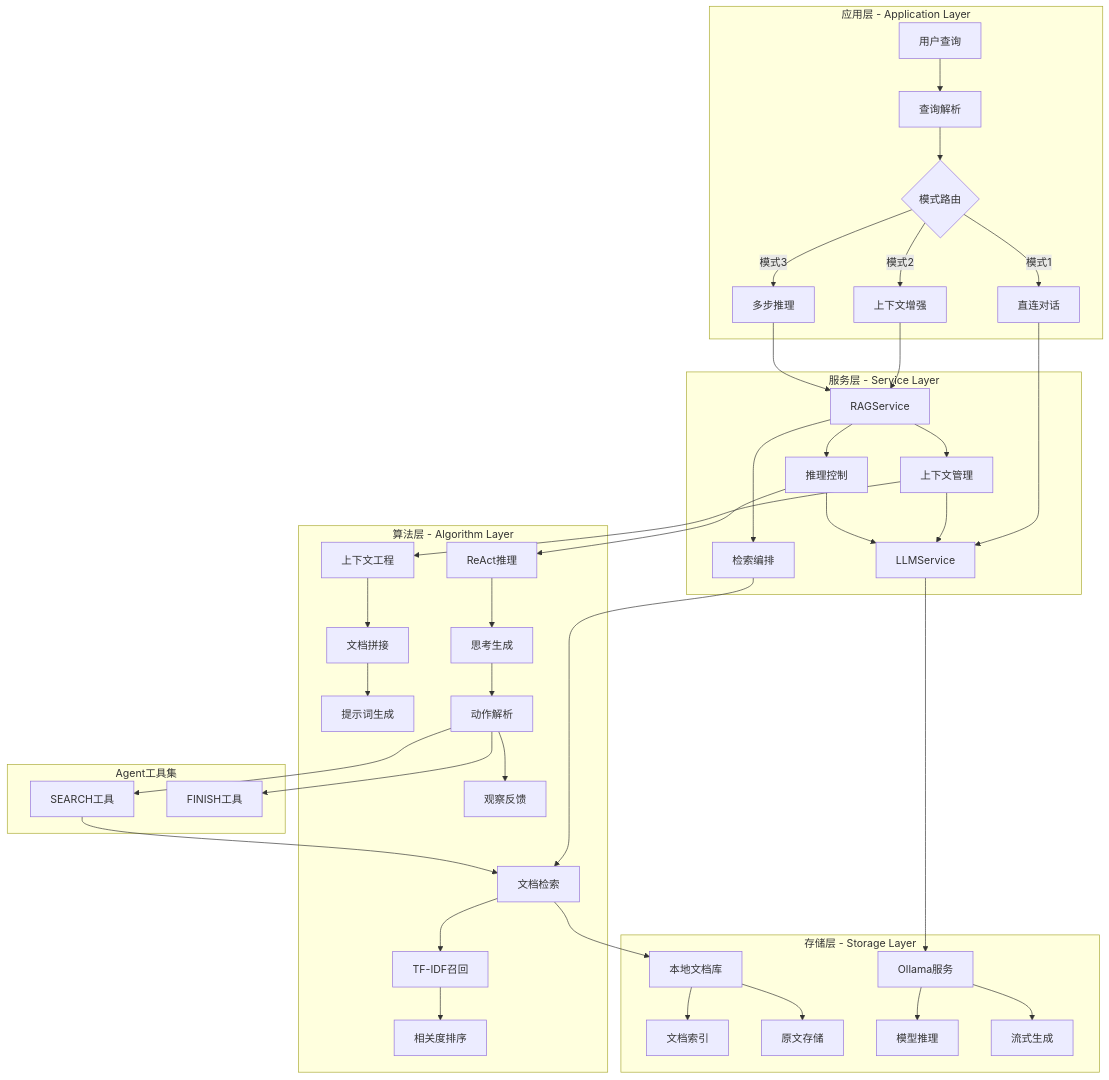
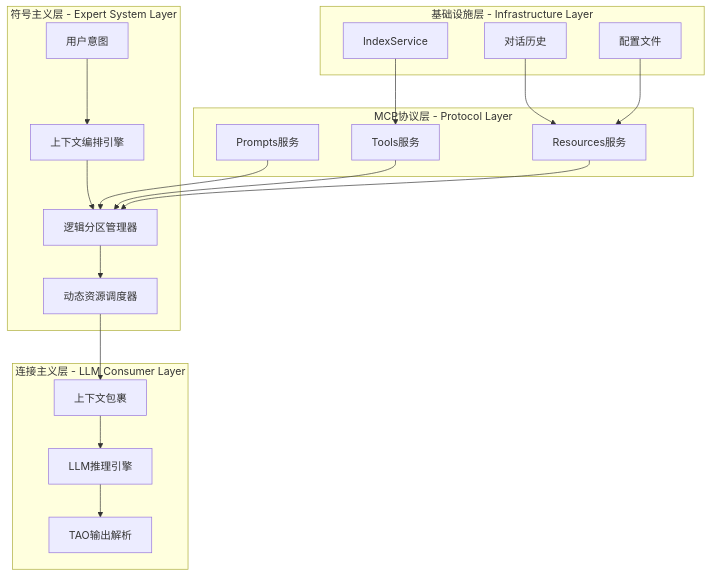
Before and after one commit to tylerelyt/test_bed: the first of 5 diagrams in docs/CONTEXT_ENGINEERING_GUIDE.md, drawn with Mermaid. The commit also changed other lines of this file and 19 other files, not shown here.

Commit message:
feat: complete MCP architecture refactor and context engineering system

````diff
--- a/docs/CONTEXT_ENGINEERING_GUIDE.md
+++ b/docs/CONTEXT_ENGINEERING_GUIDE.md
@@ -31,53 +13,26 @@
 ```mermaid
 graph TB
-    subgraph "应用层 - Application Layer"
-        A[用户查询] --> A1[查询解析]
-        A1 --> A2{模式路由}
-        A2 -->|模式1| B[直连对话]
-        A2 -->|模式2| C[上下文增强]  
-        A2 -->|模式3| D[多步推理]
+    subgraph "符号主义层 - Expert System Layer"
+        A[用户意图] --> B[上下文编排引擎]
+        B --> C[逻辑分区管理器]
+        C --> D[动态资源调度器]
     end
     
-    subgraph "服务层 - Service Layer"
-        C --> E[RAGService]
-        D --> E
-        E --> E1[检索编排]
-        E --> E2[上下文管理]
-        E --> E3[推理控制]
-        
-        B --> F[LLMService]
-        E2 --> F
-        E3 --> F
+    subgraph "连接主义层 - LLM Consumer Layer"
+        D --> E[上下文包裹]
+        E --> F[LLM推理引擎]
+        F --> G[TAO输出解析]
     end
     
-    subgraph "算法层 - Algorithm Layer"
-        E1 --> G[文档检索]
-        G --> G1[TF-IDF召回]
-        G1 --> G2[相关度排序]
-        
-        E2 --> H[上下文工程]
-        H --> H1[文档拼接]
-        H1 --> H2[提示词生成]
-        
-        E3 --> I[ReAct推理]
-        I --> I1[思考生成]
-        I1 --> I2[动作解析]
-        I2 --> I3[观察反馈]
+    subgraph "MCP协议层 - Protocol Layer"
+        H[Prompts服务] --> C
+        I[Tools服务] --> C
+        J[Resources服务] --> C
     end
     
-    subgraph "存储层 - Storage Layer"
-        G --> J[本地文档库]
-        J --> J1[文档索引]
-        J --> J2[原文存储]
-        
-        F --> K[Ollama服务]
-        K --> K1[模型推理]
-        K --> K2[流式生成]
-    end
-    
-    subgraph "Agent工具集"
-        I2 --> L[SEARCH工具]
-        I2 --> M[FINISH工具]
-        L --> G
+    subgraph "基础设施层 - Infrastructure Layer"
+        K[IndexService] --> I
+        L[对话历史] --> J
+        M[配置文件] --> J
     end
 ```
````
